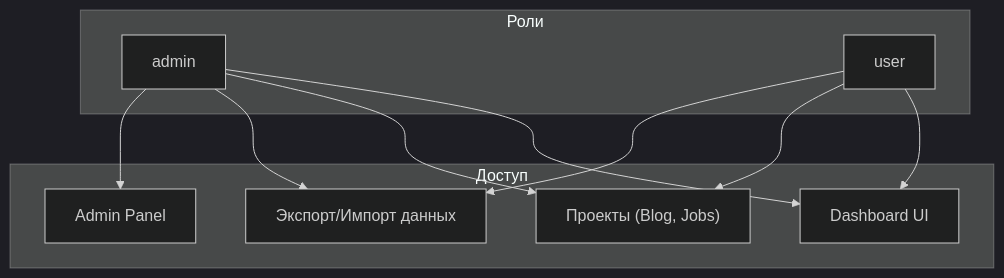
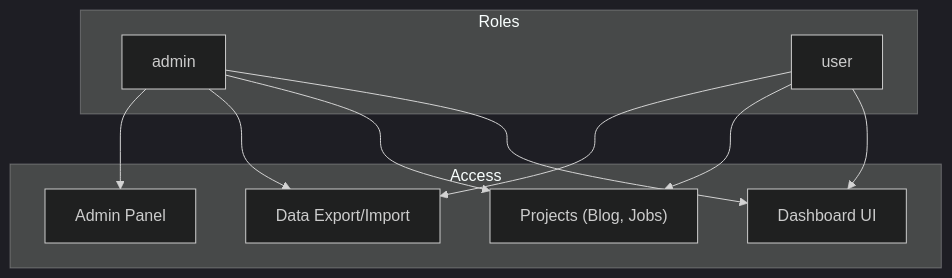
The eighth of 13 diagrams in ARCHITECTURE.md (Finc8888/Dashboard), drawn with Mermaid (dark theme) before and after one commit. The commit also changed other lines of this file and 4 other files, not shown here.

````diff
--- a/ARCHITECTURE.md
+++ b/ARCHITECTURE.md
@@ -548,23 +548,23 @@
 ```mermaid
 flowchart TB
-    subgraph Roles["Роли"]
+    subgraph Roles["Roles"]
         ADMIN["admin"]
         USER["user"]
     end
 
-    subgraph Access["Доступ"]
+    subgraph Access["Access"]
         DASHBOARD["Dashboard UI"]
-        PROJECTS["Проекты (Blog, Jobs)"]
+        PROJECTS["Projects (Blog, Jobs)"]
         ADMIN_PANEL["Admin Panel"]
-        DATA_EXPORT["Экспорт/Импорт данных"]
+        DATA_EXPORT["Data Export/Import"]
     end
 
     USER --> DASHBOARD
     USER --> PROJECTS
     USER --> DATA_EXPORT
 
     ADMIN --> DASHBOARD
     ADMIN --> PROJECTS
     ADMIN --> DATA_EXPORT
     ADMIN --> ADMIN_PANEL
 ```
````
